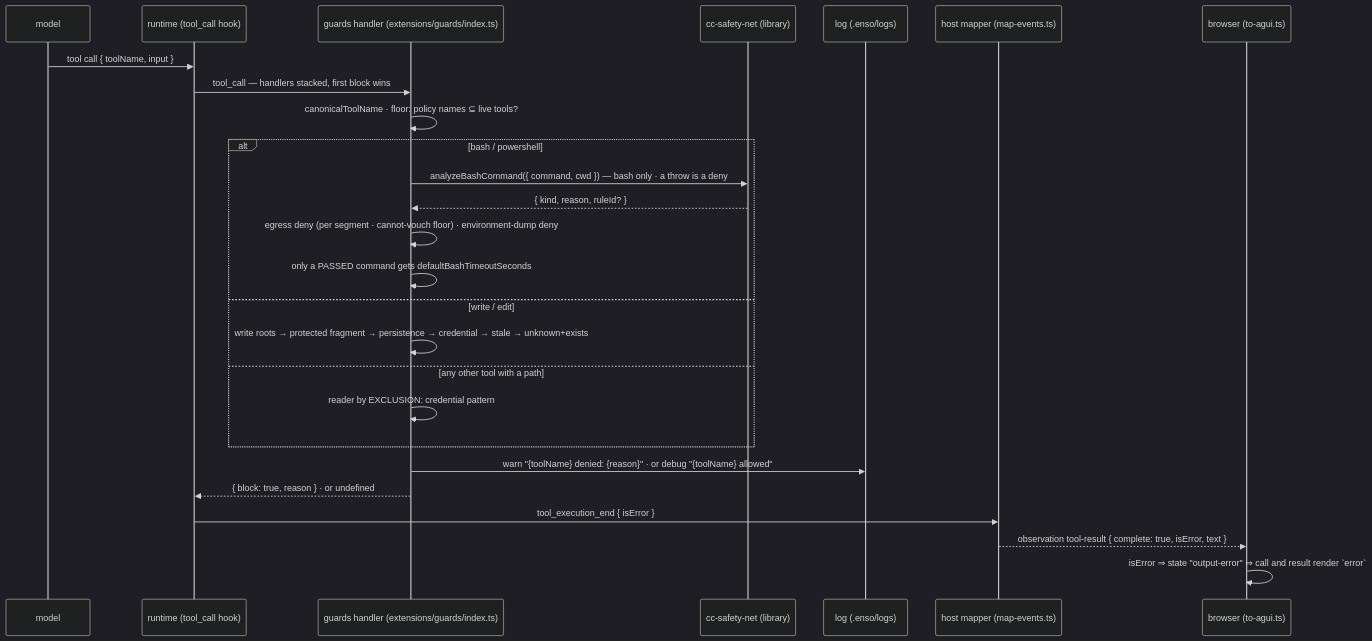
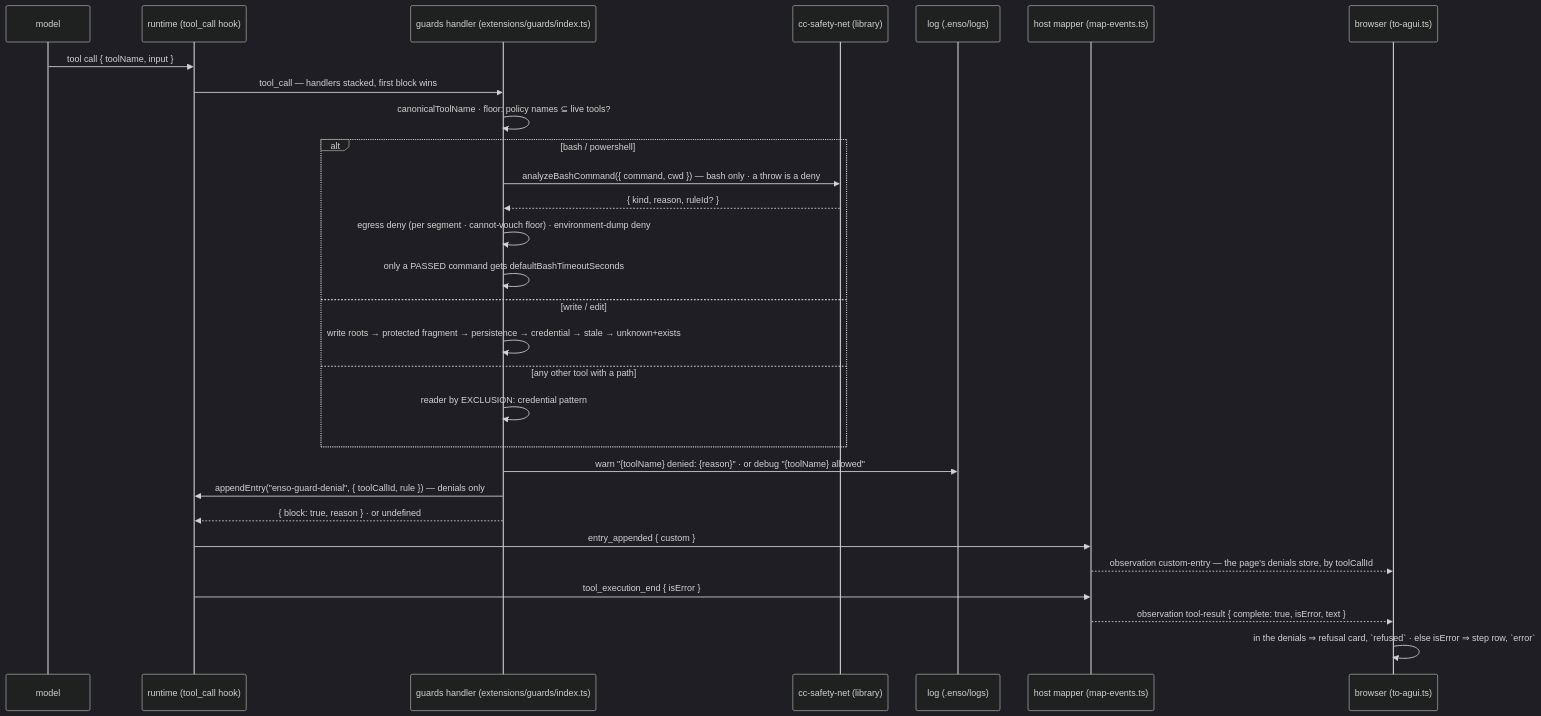
Before and after one commit to dopamine911/enso-harness: the diagram in docs/flows/guarded-tool-call.md, drawn with Mermaid (dark theme). The commit also changed other lines of this file and 28 other files, not shown here.

````diff
--- a/docs/flows/guarded-tool-call.md
+++ b/docs/flows/guarded-tool-call.md
@@ -13,29 +14,32 @@
 ```mermaid
 sequenceDiagram
   participant M as model
   participant P as runtime (tool_call hook)
   participant G as guards handler (extensions/guards/index.ts)
   participant A as cc-safety-net (library)
   participant L as log (.enso/logs)
   participant H as host mapper (map-events.ts)
   participant B as browser (to-agui.ts)
 
   M->>P: tool call { toolName, input }
   P->>G: tool_call — handlers stacked, first block wins
   G->>G: canonicalToolName · floor: policy names ⊆ live tools?
   alt bash / powershell
     G->>A: analyzeBashCommand({ command, cwd }) — bash only · a throw is a deny
     A-->>G: { kind, reason, ruleId? }
     G->>G: egress deny (per segment · cannot-vouch floor) · environment-dump deny
     G->>G: only a PASSED command gets defaultBashTimeoutSeconds
   else write / edit
     G->>G: write roots → protected fragment → persistence → credential → stale → unknown+exists
   else any other tool with a path
     G->>G: reader by EXCLUSION: credential pattern
   end
   G->>L: warn "{toolName} denied: {reason}" · or debug "{toolName} allowed"
+  G->>P: appendEntry("enso-guard-denial", { toolCallId, rule }) — denials only
   G-->>P: { block: true, reason } · or undefined
+  P->>H: entry_appended { custom }
+  H-->>B: observation custom-entry — the page's denials store, by toolCallId
   P->>H: tool_execution_end { isError }
   H-->>B: observation tool-result { complete: true, isError, text }
-  B->>B: isError ⇒ state "output-error" ⇒ call and result render `error`
+  B->>B: in the denials ⇒ refusal card, `refused` · else isError ⇒ step row, `error`
 ```
````
